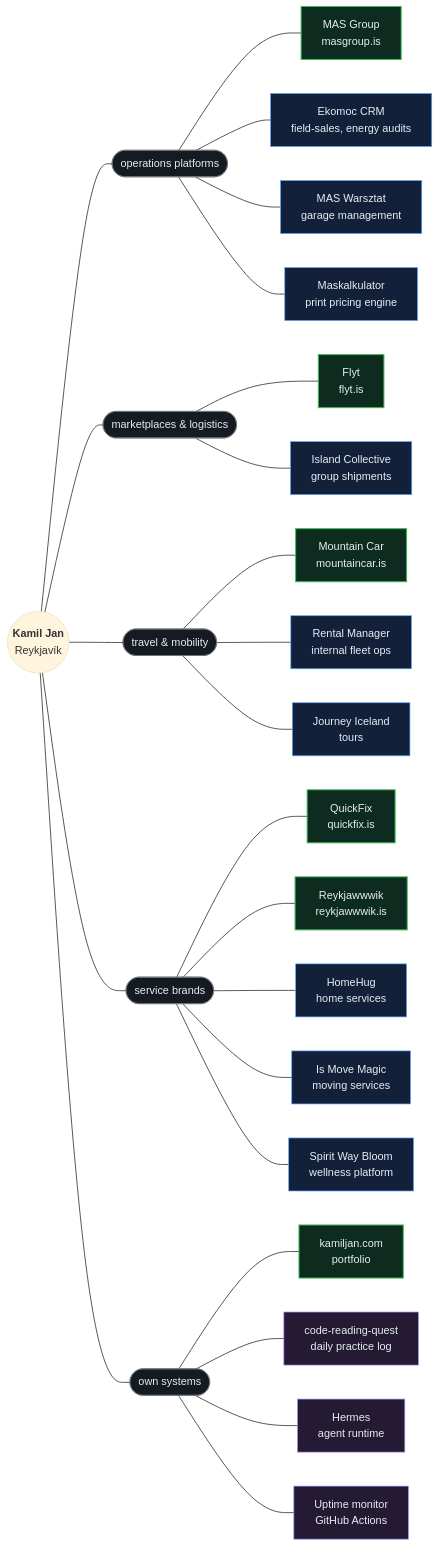
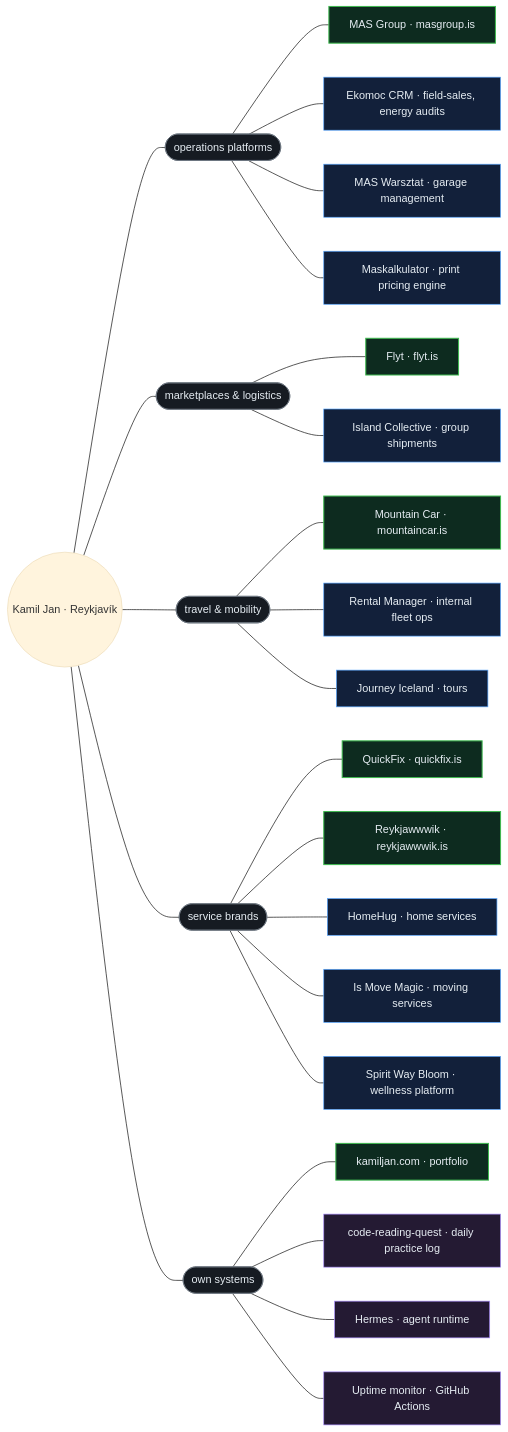
Before and after one commit to kamiljan11/kamiljan11: the diagram in README.md, drawn with Mermaid (base theme).

Commit message:
fix: github strips <br> in mermaid labels - use inline separator

````diff
--- a/README.md
+++ b/README.md
@@ -30,51 +30,51 @@
 ```mermaid
 flowchart LR
-    K(("<b>Kamil Jan</b><br>Reykjavík"))
+    K(("Kamil Jan · Reykjavík"))
 
     K --- OPS(["operations platforms"])
     K --- MKT(["marketplaces & logistics"])
     K --- MOB(["travel & mobility"])
     K --- SVC(["service brands"])
     K --- INF(["own systems"])
 
-    OPS --- MAS["MAS Group<br>masgroup.is"]
-    OPS --- EKO["Ekomoc CRM<br>field-sales, energy audits"]
-    OPS --- WAR["MAS Warsztat<br>garage management"]
-    OPS --- KAL["Maskalkulator<br>print pricing engine"]
+    OPS --- MAS["MAS Group · masgroup.is"]
+    OPS --- EKO["Ekomoc CRM · field-sales, energy audits"]
+    OPS --- WAR["MAS Warsztat · garage management"]
+    OPS --- KAL["Maskalkulator · print pricing engine"]
 
-    MKT --- FLY["Flyt<br>flyt.is"]
-    MKT --- ISL["Island Collective<br>group shipments"]
+    MKT --- FLY["Flyt · flyt.is"]
+    MKT --- ISL["Island Collective · group shipments"]
 
-    MOB --- MC["Mountain Car<br>mountaincar.is"]
-    MOB --- REN["Rental Manager<br>internal fleet ops"]
-    MOB --- JI["Journey Iceland<br>tours"]
+    MOB --- MC["Mountain Car · mountaincar.is"]
+    MOB --- REN["Rental Manager · internal fleet ops"]
+    MOB --- JI["Journey Iceland · tours"]
 
-    SVC --- QF["QuickFix<br>quickfix.is"]
-    SVC --- RKW["Reykjawwwik<br>reykjawwwik.is"]
-    SVC --- HH["HomeHug<br>home services"]
-    SVC --- MOV["Is Move Magic<br>moving services"]
-    SVC --- SPA["Spirit Way Bloom<br>wellness platform"]
+    SVC --- QF["QuickFix · quickfix.is"]
+    SVC --- RKW["Reykjawwwik · reykjawwwik.is"]
+    SVC --- HH["HomeHug · home services"]
+    SVC --- MOV["Is Move Magic · moving services"]
+    SVC --- SPA["Spirit Way Bloom · wellness platform"]
 
-    INF --- SITE["kamiljan.com<br>portfolio"]
-    INF --- CRQ["code-reading-quest<br>daily practice log"]
-    INF --- HER["Hermes<br>agent runtime"]
-    INF --- UP["Uptime monitor<br>GitHub Actions"]
+    INF --- SITE["kamiljan.com · portfolio"]
+    INF --- CRQ["code-reading-quest · daily practice log"]
+    INF --- HER["Hermes · agent runtime"]
+    INF --- UP["Uptime monitor · GitHub Actions"]
 
     click MAS "https://masgroup.is" _blank
     click FLY "https://flyt.is" _blank
     click MC "https://mountaincar.is" _blank
     click QF "https://quickfix.is" _blank
     click RKW "https://reykjawwwik.is" _blank
     click SITE "https://kamiljan.com" _blank
     click CRQ "https://github.com/kamiljan11/code-reading-quest" _blank
 
     classDef hub fill:#161b22,stroke:#6e7681,stroke-width:1px,color:#e6edf3
     classDef live fill:#0d2b1f,stroke:#3fb950,stroke-width:1.5px,color:#e6edf3
     classDef work fill:#12203a,stroke:#58a6ff,stroke-width:1px,color:#e6edf3
     classDef own fill:#241a33,stroke:#a78bfa,stroke-width:1px,color:#e6edf3
 
     class OPS,MKT,MOB,SVC,INF hub
     class MAS,FLY,MC,QF,RKW,SITE live
     class EKO,WAR,KAL,ISL,REN,JI,HH,MOV,SPA work
     class CRQ,HER,UP own
 ```
````
